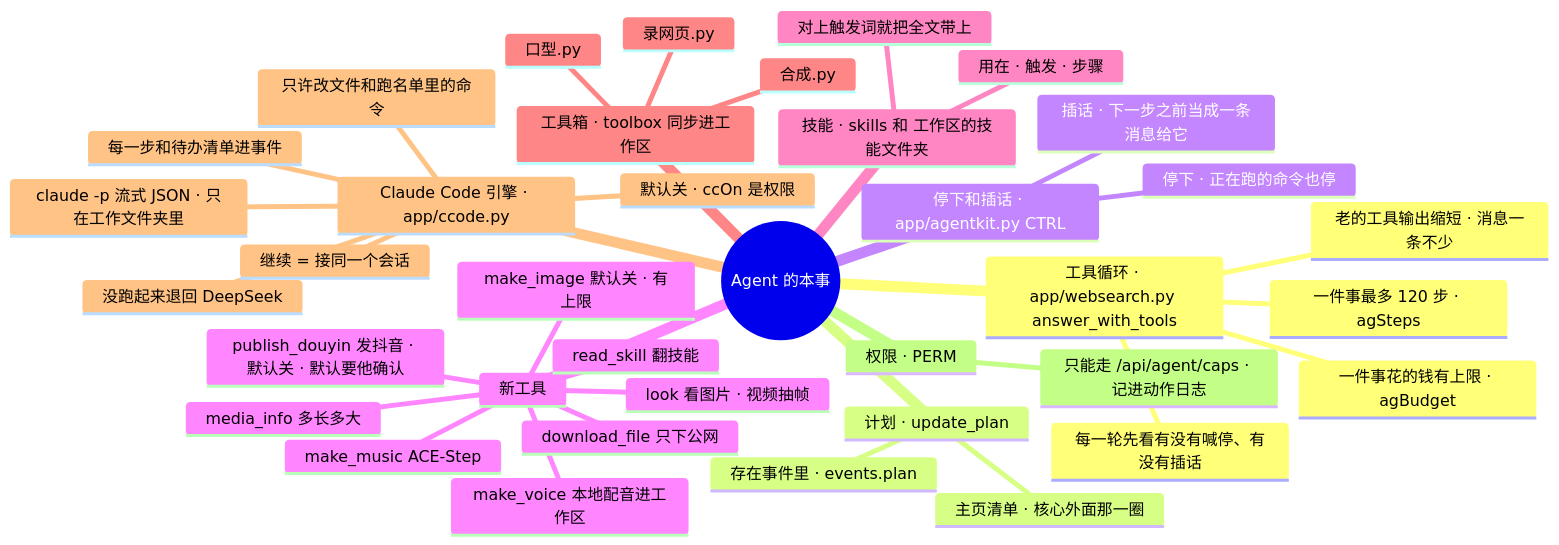
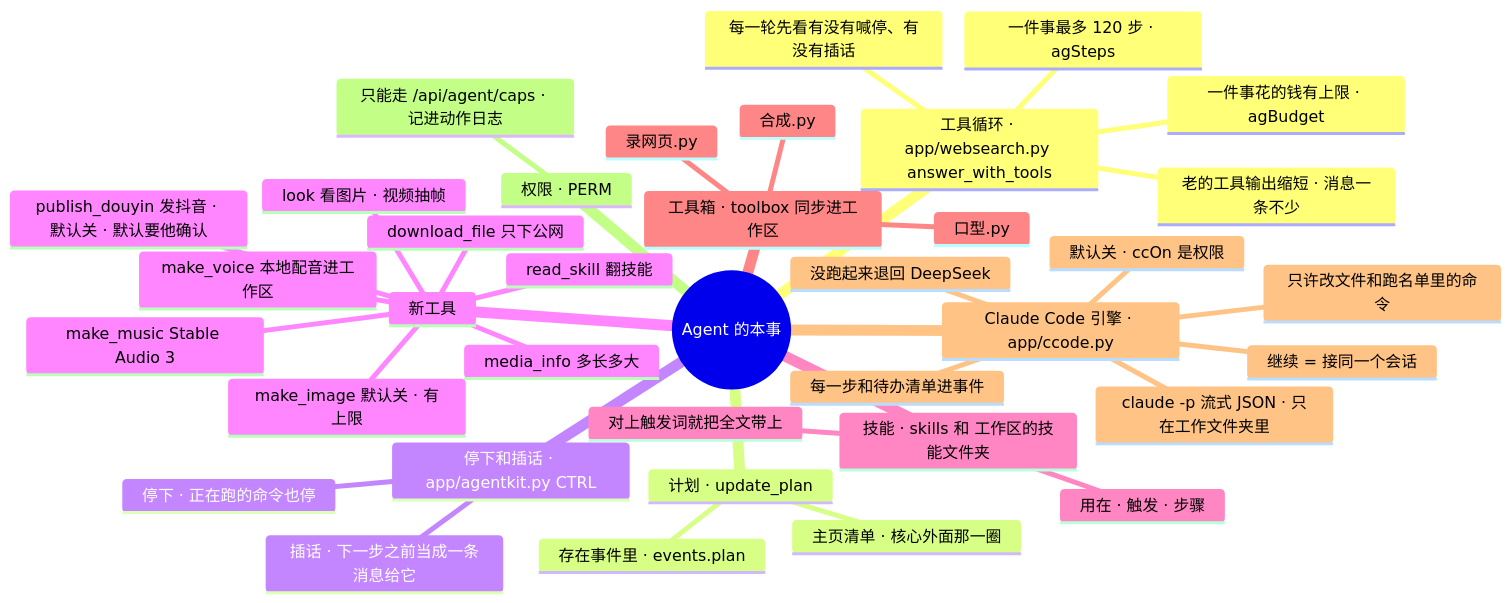
The diagram in docs/AI文档/架构/16-Agent的本事.md (lql-076/Experiment-Agent-One), drawn with Mermaid before and after one commit. The commit also changed other lines of this file and 72 other files, not shown here.

Commit message:
v3.4.0：配乐换用 Stable Audio 3.0 Medium；打通 Claude Code 交互窗口与语音朗读按钮；新增 Git 安全同步与交接日志

````diff
--- a/docs/AI文档/架构/16-Agent的本事.md
+++ b/docs/AI文档/架构/16-Agent的本事.md
@@ -9,40 +9,40 @@
 ```mermaid
 mindmap
   root((Agent 的本事))
     工具循环 · app/websearch.py answer_with_tools
       一件事最多 120 步 · agSteps
       一件事花的钱有上限 · agBudget
       老的工具输出缩短 · 消息一条不少
       每一轮先看有没有喊停、有没有插话
     计划 · update_plan
       存在事件里 · events.plan
       主页清单 · 核心外面那一圈
     停下和插话 · app/agentkit.py CTRL
       停下 · 正在跑的命令也停
       插话 · 下一步之前当成一条消息给它
     新工具
       look 看图片 · 视频抽帧
       media_info 多长多大
       download_file 只下公网
       make_voice 本地配音进工作区
-      make_music ACE-Step
+      make_music Stable Audio 3
       make_image 默认关 · 有上限
       publish_douyin 发抖音 · 默认关 · 默认要他确认
       read_skill 翻技能
     技能 · skills 和 工作区的技能文件夹
       用在 · 触发 · 步骤
       对上触发词就把全文带上
     工具箱 · toolbox 同步进工作区
       录网页.py
       合成.py
       口型.py
     Claude Code 引擎 · app/ccode.py
       默认关 · ccOn 是权限
       claude -p 流式 JSON · 只在工作文件夹里
       只许改文件和跑名单里的命令
       每一步和待办清单进事件
       继续 = 接同一个会话
       没跑起来退回 DeepSeek
     权限 · PERM
       只能走 /api/agent/caps · 记进动作日志
 ```
````
